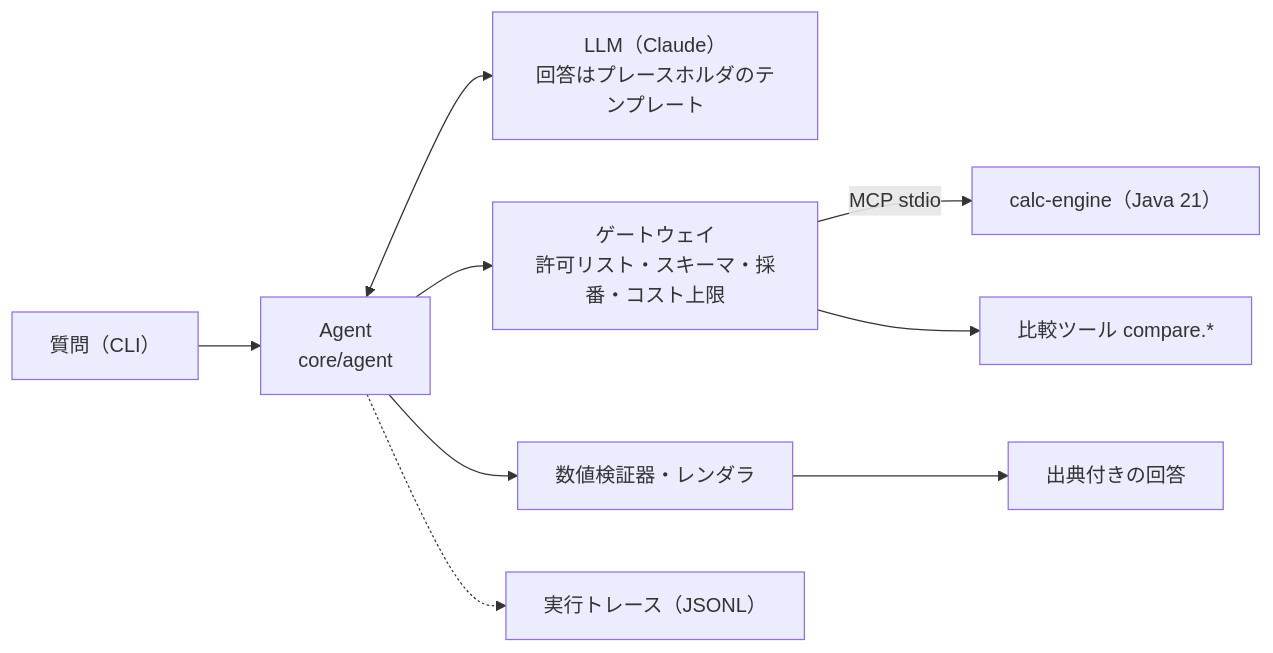
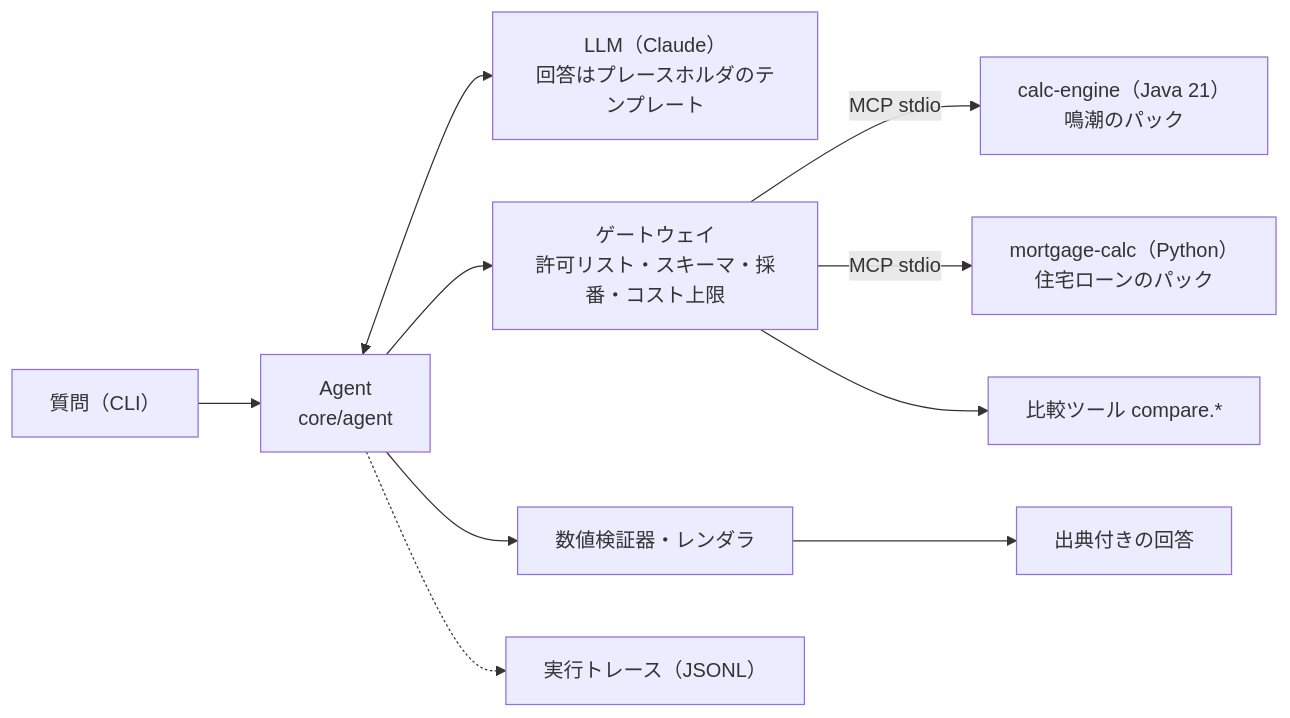
One commit to hexinlong9981/echolab changed the diagram in README.md. Above: the diagram before and after it, drawn with Mermaid. The commit also changed other lines of this file and 41 other files, not shown here.

````diff
--- a/README.md
+++ b/README.md
@@ -39,11 +39,12 @@
 ```mermaid
 flowchart LR
   Q["質問（CLI）"] --> A["Agent<br/>core/agent"]
   A <--> L["LLM（Claude）<br/>回答はプレースホルダのテンプレート"]
   A --> G["ゲートウェイ<br/>許可リスト・スキーマ・採番・コスト上限"]
-  G -->|MCP stdio| J["calc-engine（Java 21）"]
+  G -->|MCP stdio| J["calc-engine（Java 21）<br/>鳴潮のパック"]
+  G -->|MCP stdio| M["mortgage-calc（Python）<br/>住宅ローンのパック"]
   G --> K["比較ツール compare.*"]
   A --> V["数値検証器・レンダラ"]
   V --> R["出典付きの回答"]
   A -.-> T["実行トレース（JSONL）"]
 ```
````
